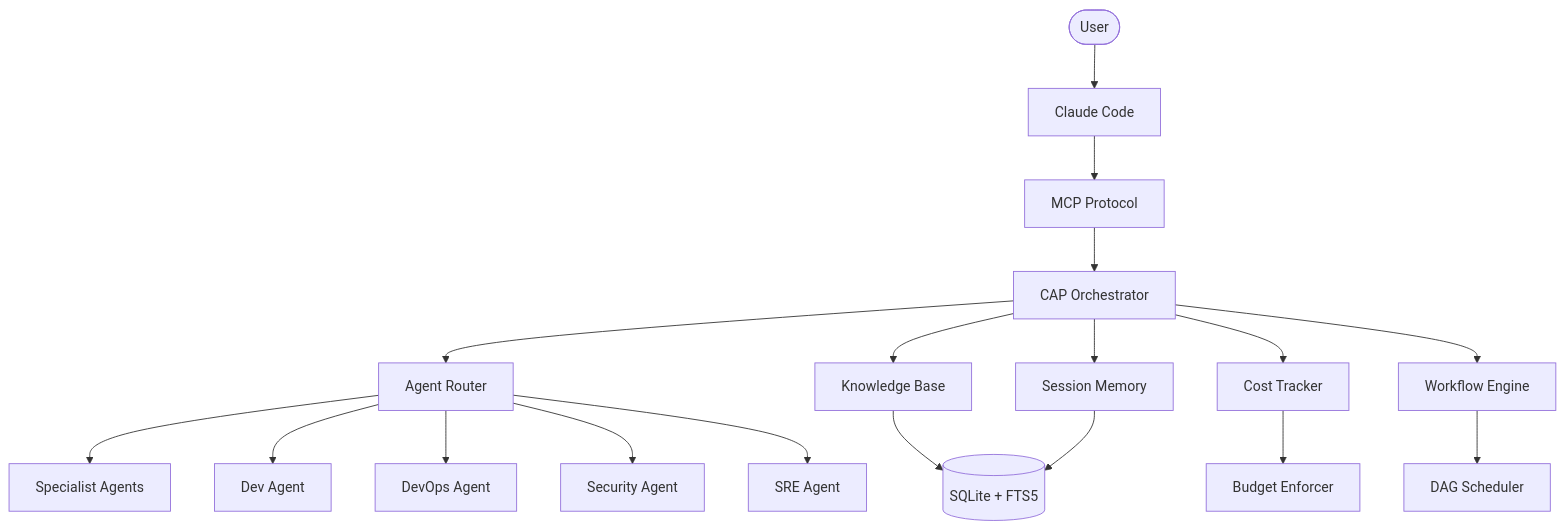
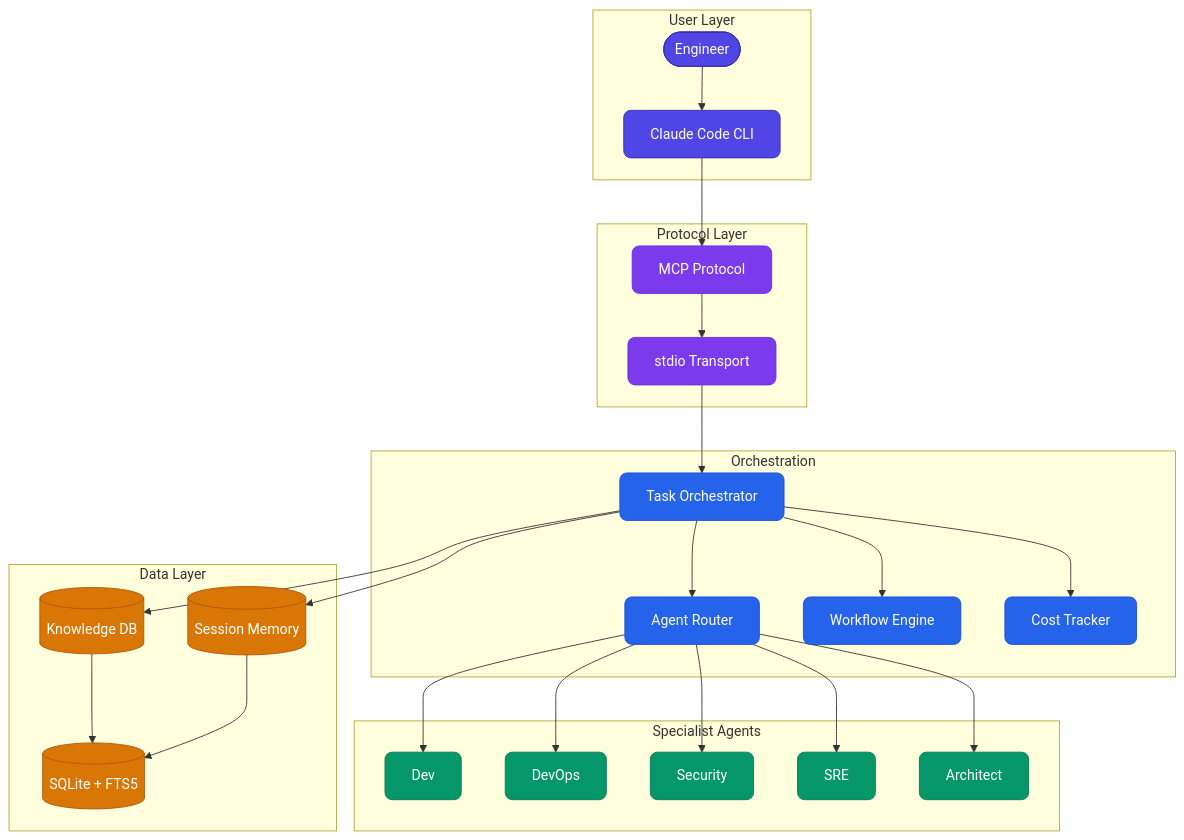
One commit to HarshAminOP/claude-agent-platform changed the diagram in README.md. Above: the diagram before and after it, drawn with Mermaid. The commit also changed other lines of this file, not shown here.

````diff
--- a/README.md
+++ b/README.md
@@ -11,23 +93,56 @@
 ```mermaid
 graph TD
-    User([User]) --> ClaudeCode[Claude Code]
-    ClaudeCode --> MCP[MCP Protocol]
-    MCP --> Orchestrator[CAP Orchestrator]
-    Orchestrator --> Router[Agent Router]
-    Router --> Specialists[Specialist Agents]
+    classDef userLayer fill:#4f46e5,stroke:#3730a3,color:#fff,rx:8,ry:8
+    classDef protoLayer fill:#7c3aed,stroke:#6d28d9,color:#fff,rx:8,ry:8
+    classDef orchLayer fill:#2563eb,stroke:#1d4ed8,color:#fff,rx:8,ry:8
+    classDef specLayer fill:#059669,stroke:#047857,color:#fff,rx:8,ry:8
+    classDef dataLayer fill:#d97706,stroke:#b45309,color:#fff,rx:8,ry:8
 
-    Orchestrator --> KB[Knowledge Base]
-    Orchestrator --> Session[Session Memory]
-    Orchestrator --> Cost[Cost Tracker]
-    Orchestrator --> Workflow[Workflow Engine]
+    subgraph UserLayer["User Layer"]
+        User([Engineer]):::userLayer
+        ClaudeCode[Claude Code CLI]:::userLayer
+    end
 
-    KB --> SQLite[(SQLite + FTS5)]
+    subgraph ProtocolLayer["Protocol Layer"]
+        MCP[MCP Protocol]:::protoLayer
+        Stdio[stdio Transport]:::protoLayer
+    end
+
+    subgraph Orchestration["Orchestration"]
+        Router[Agent Router]:::orchLayer
+        Orchestrator[Task Orchestrator]:::orchLayer
+        Workflow[Workflow Engine]:::orchLayer
+        Cost[Cost Tracker]:::orchLayer
+    end
+
+    subgraph Specialists["Specialist Agents"]
+        Dev[Dev]:::specLayer
+        DevOps[DevOps]:::specLayer
+        Security[Security]:::specLayer
+        SRE[SRE]:::specLayer
+        Architect[Architect]:::specLayer
+    end
+
+    subgraph DataLayer["Data Layer"]
+        KB[(Knowledge DB)]:::dataLayer
+        Session[(Session Memory)]:::dataLayer
+        SQLite[(SQLite + FTS5)]:::dataLayer
+    end
+
+    User --> ClaudeCode
+    ClaudeCode --> MCP
+    MCP --> Stdio
+    Stdio --> Orchestrator
+    Orchestrator --> Router
+    Router --> Dev
+    Router --> DevOps
+    Router --> Security
+    Router --> SRE
+    Router --> Architect
+    Orchestrator --> Workflow
+    Orchestrator --> Cost
+    Orchestrator --> KB
+    Orchestrator --> Session
+    KB --> SQLite
     Session --> SQLite
-    Cost --> Budget[Budget Enforcer]
-    Workflow --> DAG[DAG Scheduler]
-
-    Router --> Dev[Dev Agent]
-    Router --> DevOps[DevOps Agent]
-    Router --> Security[Security Agent]
-    Router --> SRE[SRE Agent]
 ```
````
